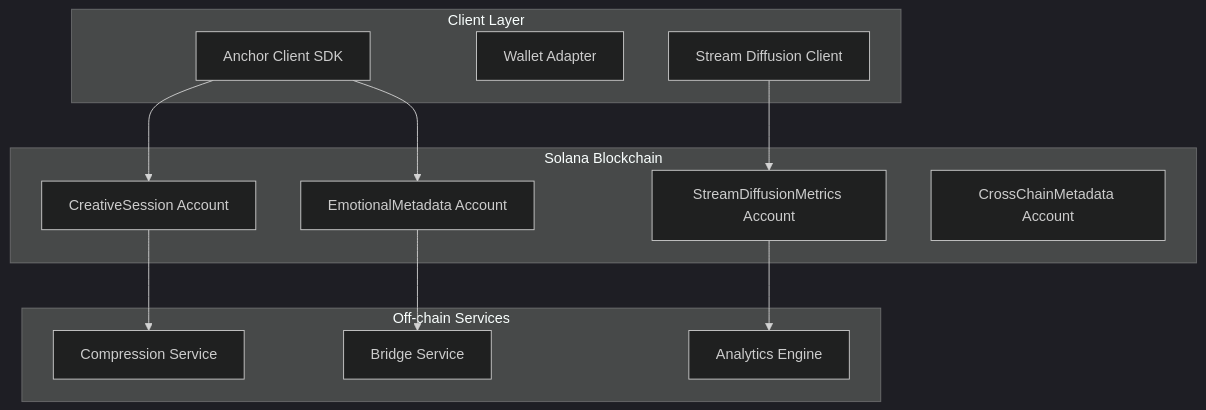
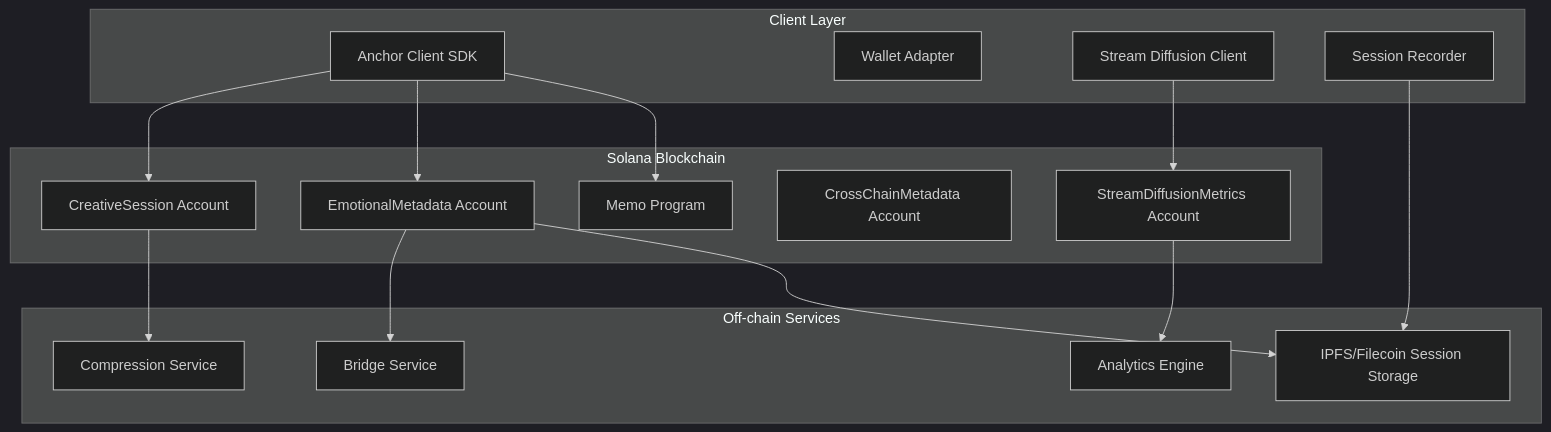
One commit to compiling-org/nft-blockchain-interactive changed the first of 13 diagrams in docs/SOLANA_SPECIFIC_TECHNICAL_ARCHITECTURE.md. Above: the diagram before and after it, drawn with Mermaid (dark theme). The commit also changed other lines of this file and 36 other files, not shown here.

Commit message:
chore: backup project and update Bitte technical architecture

````diff
--- a/docs/SOLANA_SPECIFIC_TECHNICAL_ARCHITECTURE.md
+++ b/docs/SOLANA_SPECIFIC_TECHNICAL_ARCHITECTURE.md
@@ -7,28 +7,34 @@
 ```mermaid
 graph TB
     subgraph "Client Layer"
         A[Anchor Client SDK]
         B[Wallet Adapter]
         C[Stream Diffusion Client]
+        S[Session Recorder]
     end
     
     subgraph "Solana Blockchain"
         D[CreativeSession Account]
         E[EmotionalMetadata Account]
         F[StreamDiffusionMetrics Account]
         G[CrossChainMetadata Account]
+        M[Memo Program]
     end
     
     subgraph "Off-chain Services"
         H[Compression Service]
         I[Bridge Service]
         J[Analytics Engine]
+        K[IPFS/Filecoin Session Storage]
     end
     
     A --> D
     A --> E
     C --> F
+    S --> K
+    A --> M
     D --> H
     E --> I
     F --> J
+    E --> K
 ```
````
